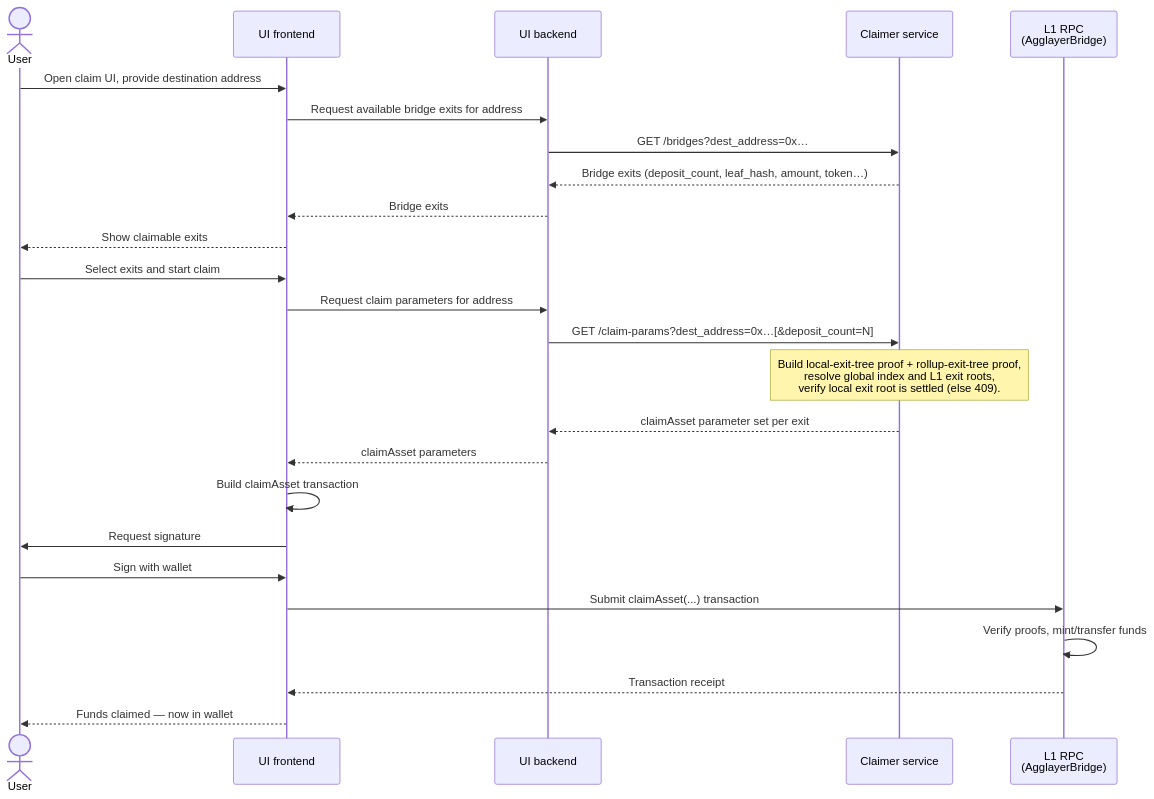
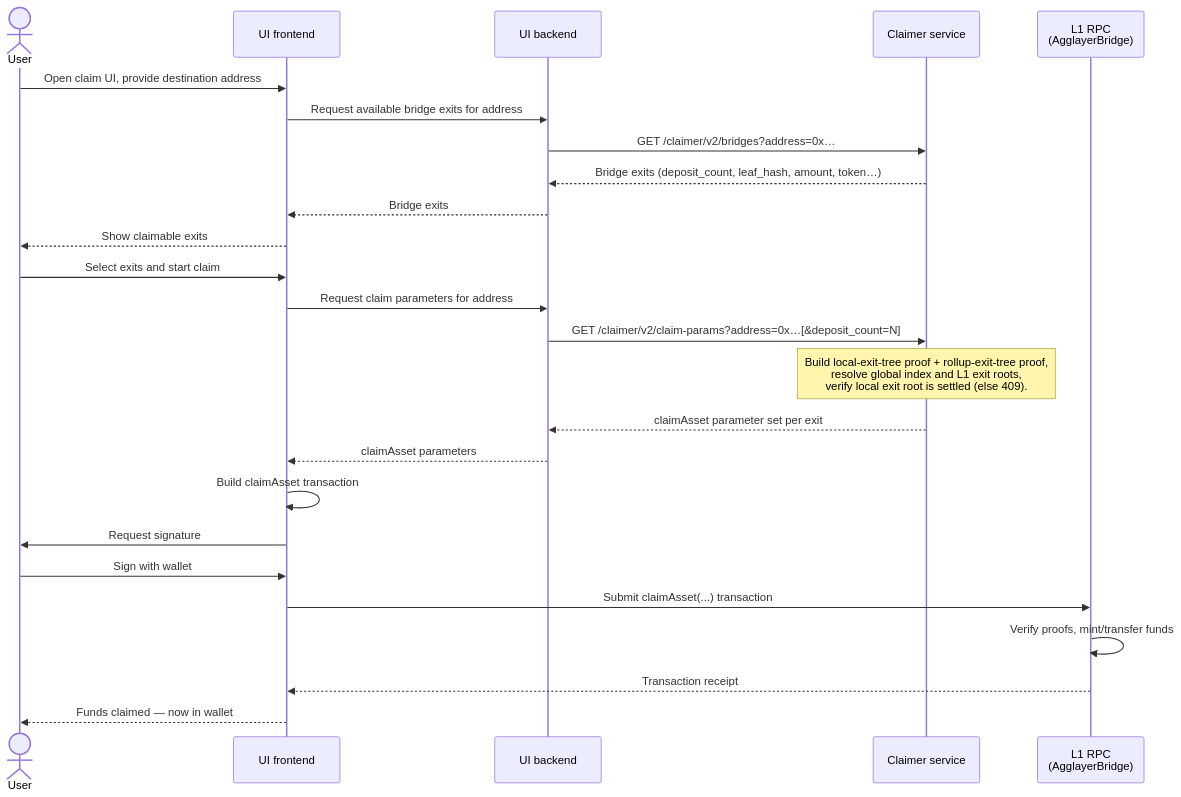
The diagram in tools/exit_certificate_claimer/SPEC.md (agglayer/aggkit), drawn with Mermaid before and after one commit. The commit also changed other lines of this file and 28 other files, not shown here.

````diff
--- a/tools/exit_certificate_claimer/SPEC.md
+++ b/tools/exit_certificate_claimer/SPEC.md
@@ -65,30 +65,30 @@
 ```mermaid
 sequenceDiagram
     actor User
     participant FE as UI frontend
     participant BE as UI backend
     participant CL as Claimer service
     participant L1 as L1 RPC<br/>(AgglayerBridge)
 
     User->>FE: Open claim UI, provide destination address
     FE->>BE: Request available bridge exits for address
-    BE->>CL: GET /bridges?dest_address=0x…
+    BE->>CL: GET /claimer/v2/bridges?address=0x…
     CL-->>BE: Bridge exits (deposit_count, leaf_hash, amount, token…)
     BE-->>FE: Bridge exits
     FE-->>User: Show claimable exits
 
     User->>FE: Select exits and start claim
     FE->>BE: Request claim parameters for address
-    BE->>CL: GET /claim-params?dest_address=0x…[&deposit_count=N]
+    BE->>CL: GET /claimer/v2/claim-params?address=0x…[&deposit_count=N]
     Note over CL: Build local-exit-tree proof + rollup-exit-tree proof,<br/>resolve global index and L1 exit roots,<br/>verify local exit root is settled (else 409).
     CL-->>BE: claimAsset parameter set per exit
     BE-->>FE: claimAsset parameters
 
     FE->>FE: Build claimAsset transaction
     FE->>User: Request signature
     User->>FE: Sign with wallet
     FE->>L1: Submit claimAsset(...) transaction
     L1->>L1: Verify proofs, mint/transfer funds
     L1-->>FE: Transaction receipt
     FE-->>User: Funds claimed — now in wallet
 ```
````
